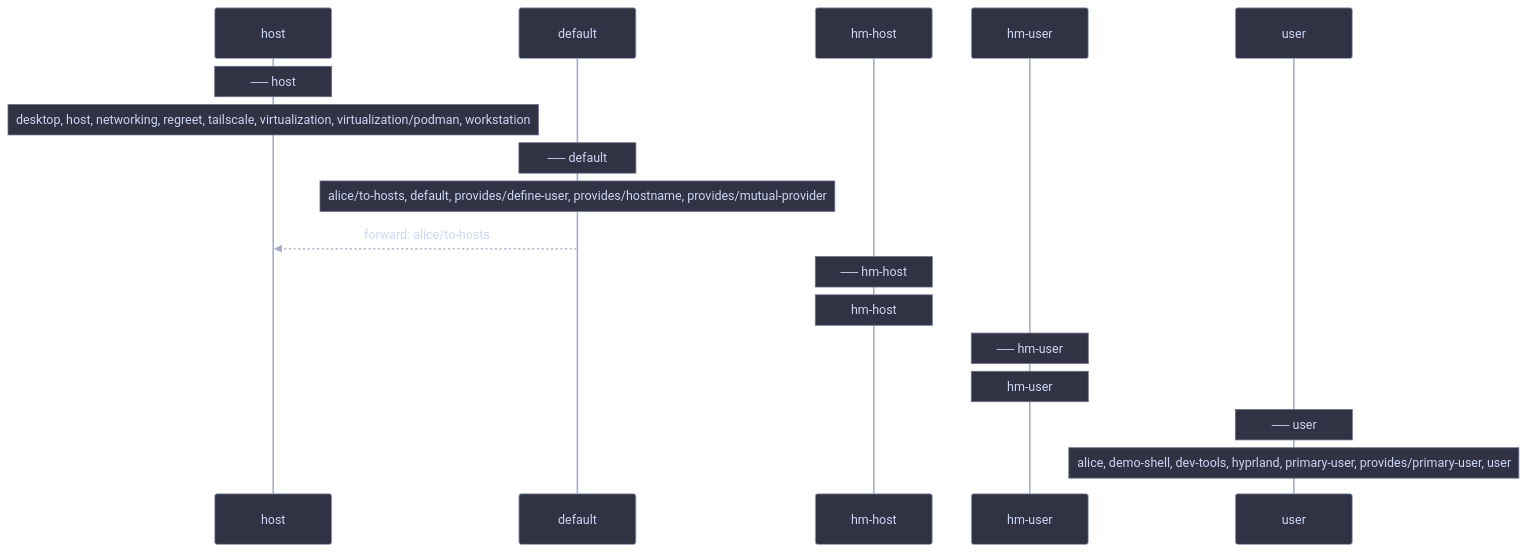
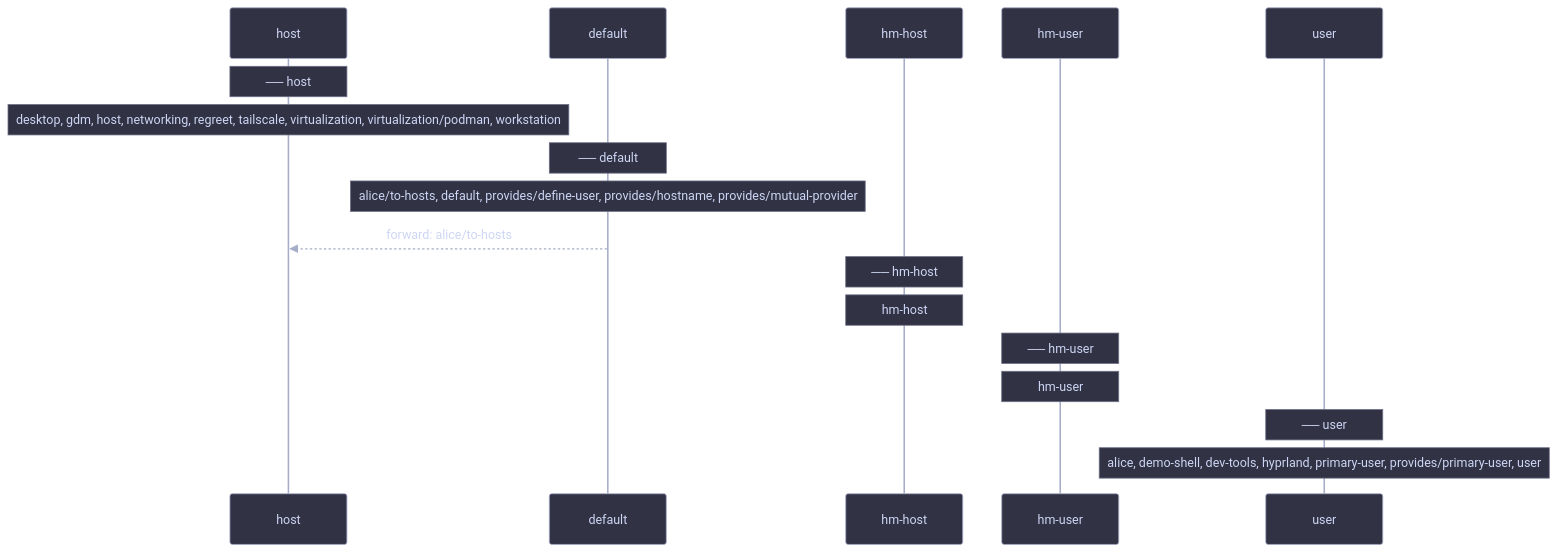
Before and after one commit to sini/den: the diagram in templates/diag-fx-demo/diagrams/desktop-gdm-seq-full.md, drawn with Mermaid. The commit also changed 526 other files, not shown here.

Commit message:
chore: update fx diagrams

````diff
--- a/templates/diag-fx-demo/diagrams/desktop-gdm-seq-full.md
+++ b/templates/diag-fx-demo/diagrams/desktop-gdm-seq-full.md
@@ -5,26 +5,26 @@
 ```mermaid
 %%{init: {"theme":"base","themeVariables":{"activationBkgColor":"#313244","activationBorderColor":"#6c7086","actorBkg":"#313244","actorBorder":"#a6adc8","actorLineColor":"#a6adc8","actorTextColor":"#cdd6f4","background":"#1e1e2e","classText":"#cdd6f4","clusterBkg":"#313244","clusterBorder":"#6c7086","edgeLabelBackground":"#1e1e2e","labelBoxBkgColor":"#313244","labelBoxBorderColor":"#a6adc8","labelTextColor":"#cdd6f4","lineColor":"#a6adc8","loopTextColor":"#cdd6f4","mainBkg":"#313244","nodeBkg":"#313244","nodeBorder":"#a6adc8","nodeTextColor":"#cdd6f4","noteBkgColor":"#313244","noteBorderColor":"#6c7086","noteTextColor":"#cdd6f4","pie1":"#f38ba8","pie2":"#fab387","pie3":"#f9e2af","pie4":"#a6e3a1","pie5":"#94e2d5","pie6":"#89b4fa","pie7":"#cba6f7","pie8":"#f2cdcd","pieLegendTextColor":"#cdd6f4","pieOuterStrokeColor":"#6c7086","pieSectionTextColor":"#cdd6f4","pieStrokeColor":"#6c7086","pieTitleTextColor":"#cdd6f4","primaryBorderColor":"#a6adc8","primaryColor":"#313244","primaryTextColor":"#cdd6f4","secondBkg":"#313244","secondaryBorderColor":"#6c7086","secondaryColor":"#313244","secondaryTextColor":"#cdd6f4","sequenceNumberColor":"#1e1e2e","signalColor":"#a6adc8","signalTextColor":"#cdd6f4","tertiaryBorderColor":"#6c7086","tertiaryColor":"#313244","tertiaryTextColor":"#cdd6f4","textColor":"#cdd6f4","titleColor":"#cdd6f4"}}}%%
 sequenceDiagram
     participant host as host
     participant p_default as default
     participant hm_host as hm-host
     participant hm_user as hm-user
     participant user as user
 
     Note over host: ── host
-    Note over host: desktop, host, networking, regreet, tailscale, virtualization, virtualization/podman, workstation
+    Note over host: desktop, gdm, host, networking, regreet, tailscale, virtualization, virtualization/podman, workstation
 
     Note over p_default: ── default
     Note over p_default: alice/to-hosts, default, provides/define-user, provides/hostname, provides/mutual-provider
 
     p_default -->> host: forward: alice/to-hosts
 
     Note over hm_host: ── hm-host
     Note over hm_host: hm-host
 
     Note over hm_user: ── hm-user
     Note over hm_user: hm-user
 
     Note over user: ── user
     Note over user: alice, demo-shell, dev-tools, hyprland, primary-user, provides/primary-user, user
 ```
````
